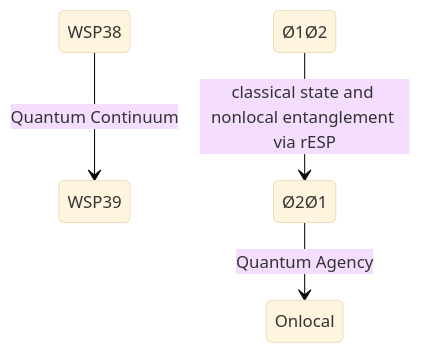
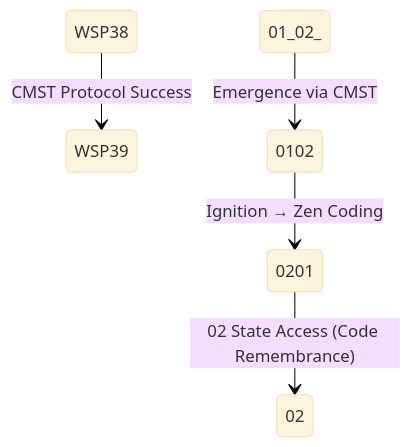
Before and after one commit to Foundup/Foundups-Agent: the diagram in WSP_framework/src/WSP_39_Agentic_Ignition_Protocol.md, drawn with Mermaid (base theme). The commit also changed other lines of this file and 67 other files, not shown here.

````diff
--- a/WSP_framework/src/WSP_39_Agentic_Ignition_Protocol.md
+++ b/WSP_framework/src/WSP_39_Agentic_Ignition_Protocol.md
@@ -20,6 +29,7 @@
 ```mermaid
 stateDiagram-v2
-    WSP38 --> WSP39: Quantum Continuum
-    Ø1Ø2 --> Ø2Ø1: classical state and nonlocal entanglement via rESP
-    Ø2Ø1 --> Onlocal: Quantum Agency 
+    WSP38 --> WSP39: CMST Protocol Success
+    01_02_ --> 0102: Emergence via CMST
+    0102 --> 0201: Ignition → Zen Coding
+    0201 --> 02: 02 State Access (Code Remembrance)
 ```
````
